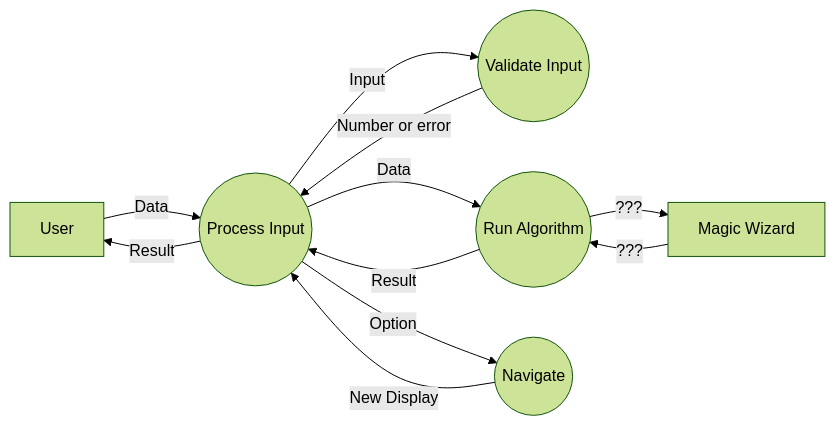
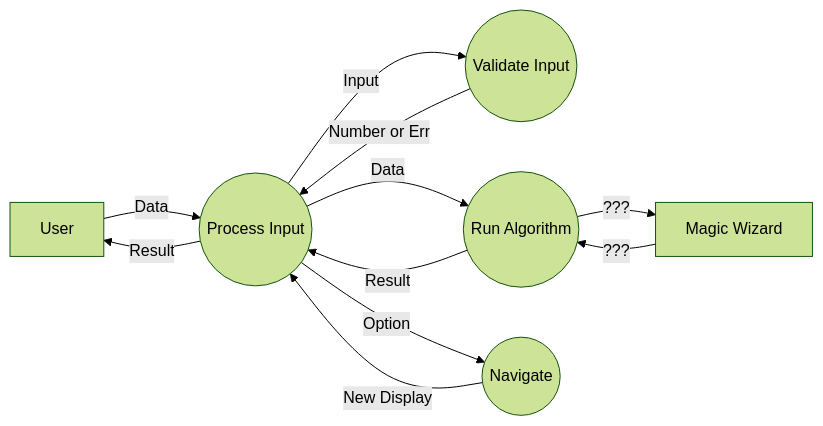
One commit to nounontoi/Multi changed the second of 4 diagrams in README.md. Above: the diagram before and after it, drawn with Mermaid (forest theme). The commit also changed other lines of this file, not shown here.

````diff
--- a/README.md
+++ b/README.md
@@ -47,15 +47,15 @@
 ```mermaid
 flowchart LR
     A[User]
     B((Process Input))
     C((Validate Input))
     D((Run Algorithm))
     E((Navigate))
     G[Magic Wizard]
 
-    A -- Data --> B -- Result --> A
-    B -- Input --> C -- Number or error --> B
-    B -- Option --> E -- New Display --> B
-    B -- Data --> D -- Result --> B
-    D -- ??? --> G -- ??? --> D
+    A -- Data   --> B -- Result         --> A
+    B -- Input  --> C -- Number or Err  --> B
+    B -- Option --> E -- New Display    --> B
+    B -- Data   --> D -- Result         --> B
+    D -- ???    --> G -- ???            --> D
 ```
````
